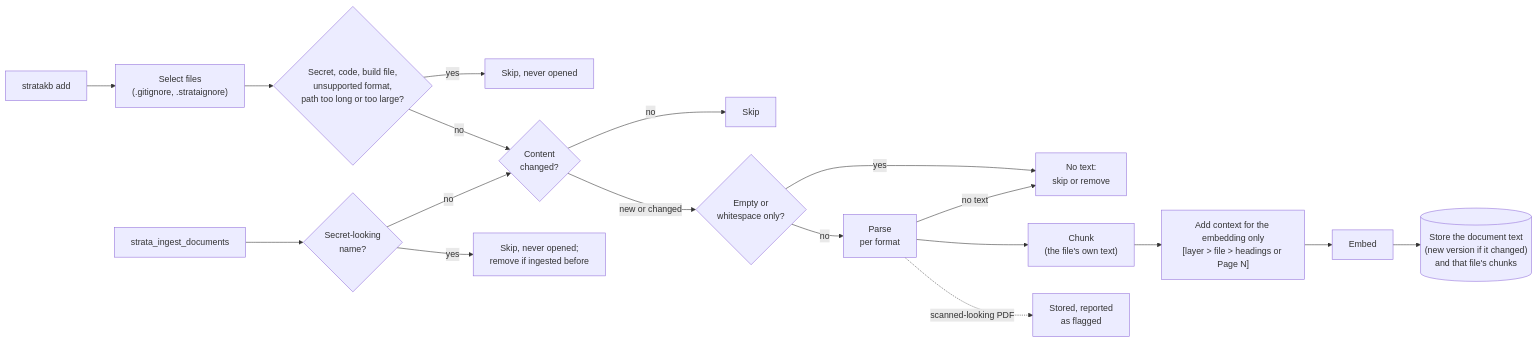
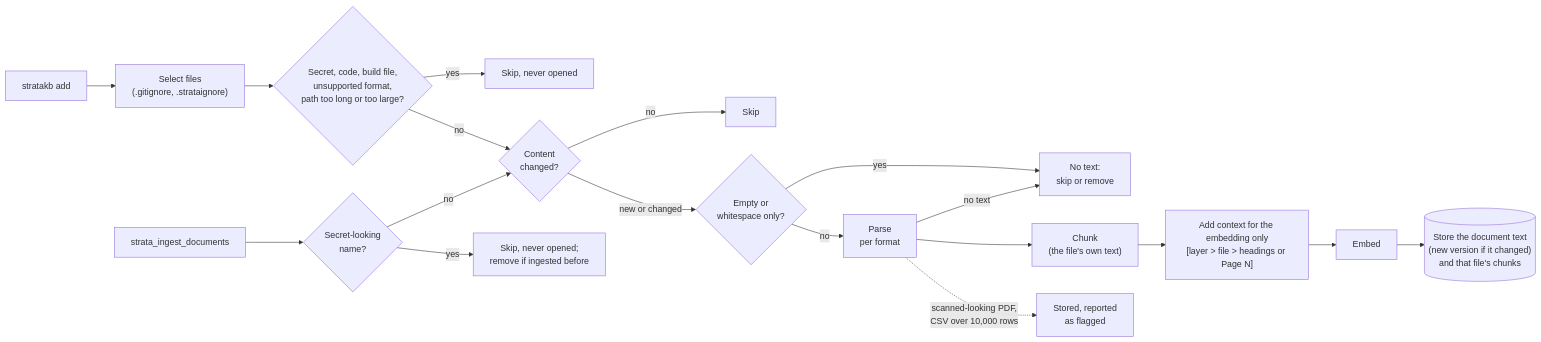
Before and after one commit to boudou/StrataKB: the fourth of 11 diagrams in README.md, drawn with Mermaid. The commit also changed other lines of this file and 6 other files, not shown here.

````diff
--- a/README.md
+++ b/README.md
@@ -118,16 +118,16 @@
 ```mermaid
 flowchart LR
     add["stratakb add"] --> sel["Select files<br/>(.gitignore, .strataignore)"] --> pol{"Secret, code, build file,<br/>unsupported format,<br/>path too long or too large?"}
     pol -->|"yes"| k["Skip, never opened"]
     pol -->|"no"| h
     f["strata_ingest_documents"] --> n{"Secret-looking<br/>name?"}
     n -->|"yes"| k2["Skip, never opened;<br/>remove if ingested before"]
     n -->|"no"| h{"Content<br/>changed?"}
     h -->|"no"| s["Skip"]
     h -->|"new or changed"| z{"Empty or<br/>whitespace only?"}
     z -->|"yes"| t["No text:<br/>skip or remove"]
     z -->|"no"| p["Parse<br/>per format"]
     p -->|"no text"| t
     p --> c["Chunk<br/>(the file's own text)"] --> x["Add context for the embedding only<br/>[layer > file > headings or Page N]"] --> e["Embed"] --> v[("Store the document text<br/>(new version if it changed)<br/>and that file's chunks")]
-    p -.->|"scanned-looking PDF"| fl["Stored, reported<br/>as flagged"]
+    p -.->|"scanned-looking PDF,<br/>CSV over 10,000 rows"| fl["Stored, reported<br/>as flagged"]
 ```
````
